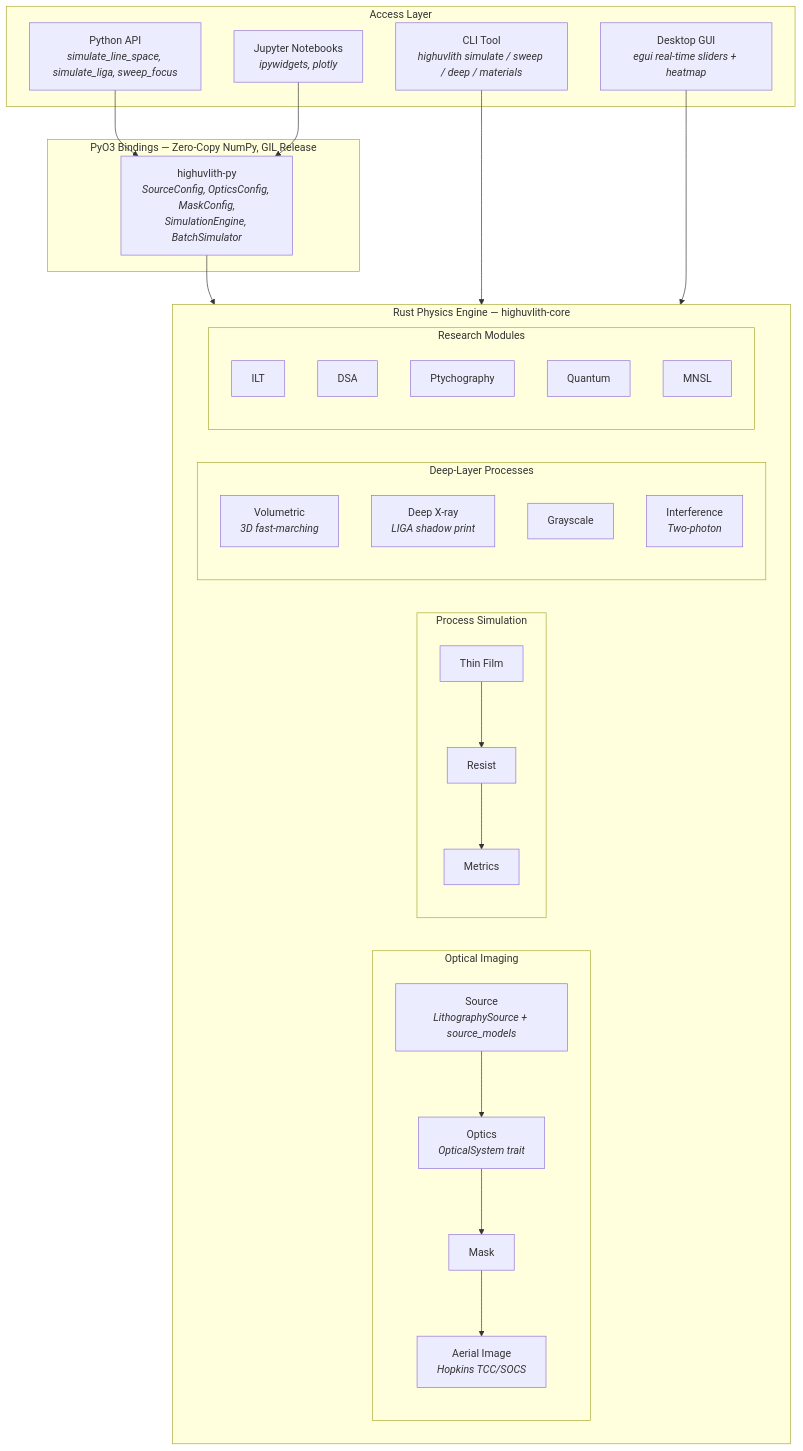
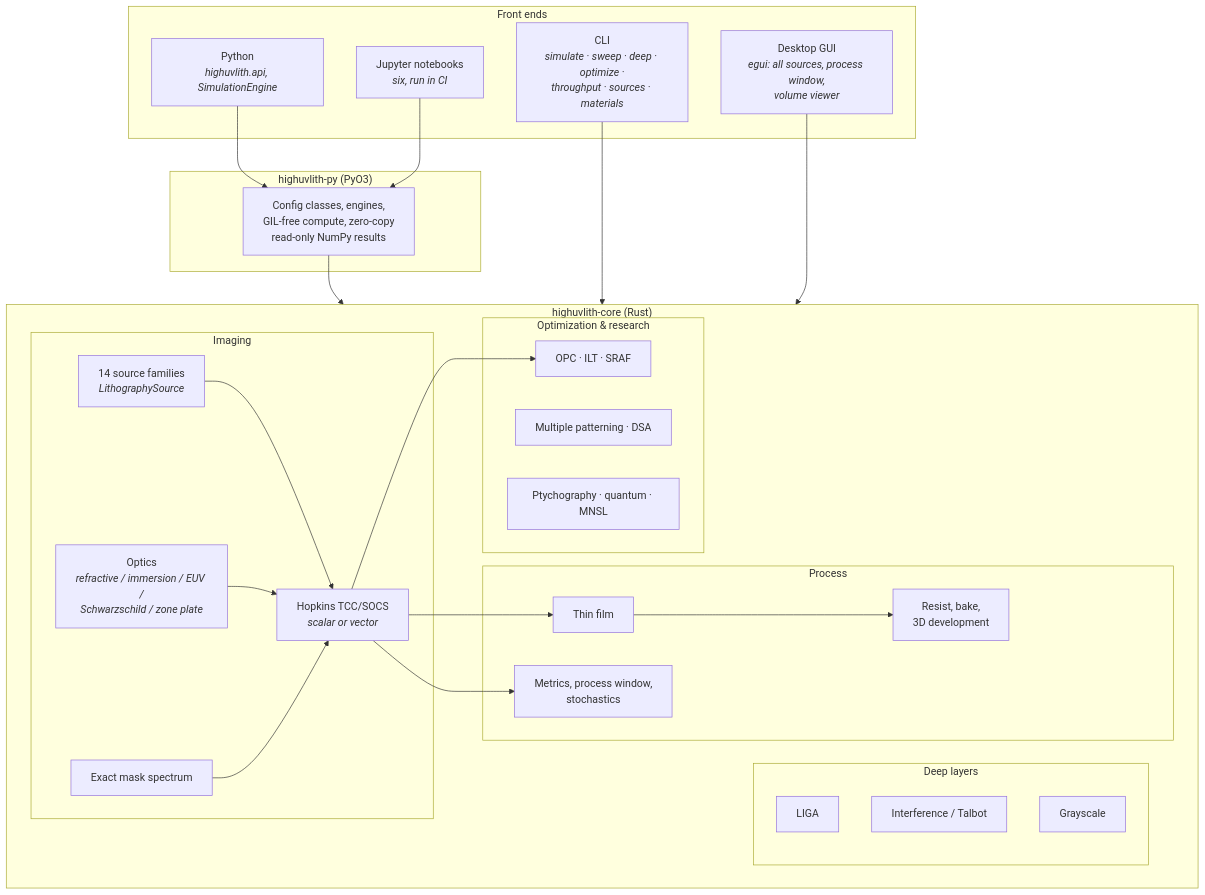
The diagram in README.md (sonoransun/highuvlith), drawn with Mermaid before and after one commit. The commit also changed other lines of this file and 496 other files, not shown here.

````diff
--- a/README.md
+++ b/README.md
@@ -66,47 +78,45 @@
 ```mermaid
 graph TB
-    subgraph Access["Access Layer"]
-        PY["Python API<br/><i>simulate_line_space, simulate_liga, sweep_focus</i>"]
-        CLI["CLI Tool<br/><i>highuvlith simulate / sweep / deep / materials</i>"]
-        GUI["Desktop GUI<br/><i>egui real-time sliders + heatmap</i>"]
-        JUP["Jupyter Notebooks<br/><i>ipywidgets, plotly</i>"]
+    subgraph Front["Front ends"]
+        PY["Python<br/><i>highuvlith.api, SimulationEngine</i>"]
+        CLI["CLI<br/><i>simulate · sweep · deep · optimize ·<br/>throughput · sources · materials</i>"]
+        GUI["Desktop GUI<br/><i>egui: all sources, process window,<br/>volume viewer</i>"]
+        NB["Jupyter notebooks<br/><i>six, run in CI</i>"]
     end
-
-    subgraph Bindings["PyO3 Bindings — Zero-Copy NumPy, GIL Release"]
-        PYO3["highuvlith-py<br/><i>SourceConfig, OpticsConfig, MaskConfig,<br/>SimulationEngine, BatchSimulator</i>"]
+    subgraph Bind["highuvlith-py (PyO3)"]
+        PYO3["Config classes, engines,<br/>GIL-free compute, zero-copy<br/>read-only NumPy results"]
     end
-
-    subgraph Core["Rust Physics Engine — highuvlith-core"]
+    subgraph Core["highuvlith-core (Rust)"]
         direction LR
-        subgraph Imaging["Optical Imaging"]
-            SRC["Source<br/><i>LithographySource + source_models</i>"]
-            OPT["Optics<br/><i>OpticalSystem trait</i>"]
-            MSK[Mask]
-            AER["Aerial Image<br/><i>Hopkins TCC/SOCS</i>"]
-            SRC --> OPT --> MSK --> AER
+        subgraph Img["Imaging"]
+            SRC["14 source families<br/><i>LithographySource</i>"]
+            OPT["Optics<br/><i>refractive / immersion / EUV /<br/>Schwarzschild / zone plate</i>"]
+            MSK["Exact mask spectrum"]
+            AER["Hopkins TCC/SOCS<br/><i>scalar or vector</i>"]
+            SRC --> AER
+            OPT --> AER
+            MSK --> AER
         end
-        subgraph Proc["Process Simulation"]
-            TF[Thin Film] --> RES[Resist]
-            RES --> MET[Metrics]
+        subgraph Proc["Process"]
+            TF["Thin film"] --> RES["Resist, bake,<br/>3D development"]
+            MET["Metrics, process window,<br/>stochastics"]
         end
-        subgraph Deep["Deep-Layer Processes"]
-            VOL["Volumetric<br/><i>3D fast-marching</i>"]
-            DXR["Deep X-ray<br/><i>LIGA shadow print</i>"]
-            GRY[Grayscale]
-            INT["Interference<br/><i>Two-photon</i>"]
+        subgraph Deep["Deep layers"]
+            LIGA["LIGA"]
+            INT["Interference / Talbot"]
+            GRAY["Grayscale"]
         end
-        subgraph Research["Research Modules"]
-            ILT[ILT]
-            DSA[DSA]
-            PTY[Ptychography]
-            QLI[Quantum]
-            MNSL[MNSL]
+        subgraph Opt["Optimization & research"]
+            OPC["OPC · ILT · SRAF"]
+            MP["Multiple patterning · DSA"]
+            RS["Ptychography · quantum · MNSL"]
         end
+        AER --> TF
+        AER --> MET
+        AER --> OPC
     end
-
-    PY --> PYO3
-    JUP --> PYO3
-    PYO3 --> Core
+    PY --> PYO3 --> Core
+    NB --> PYO3
     CLI --> Core
     GUI --> Core
 ```
````
